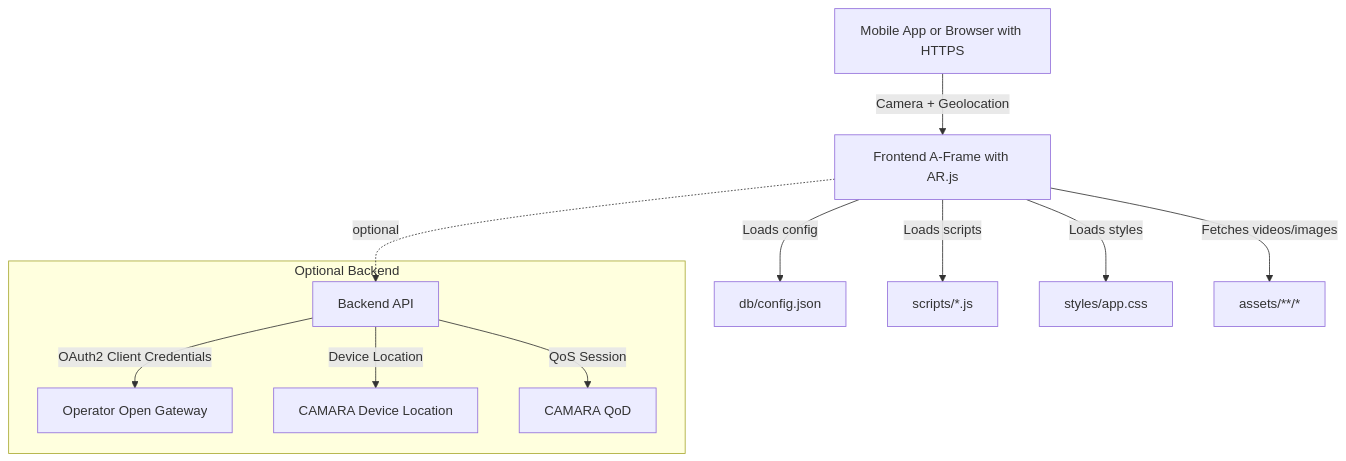
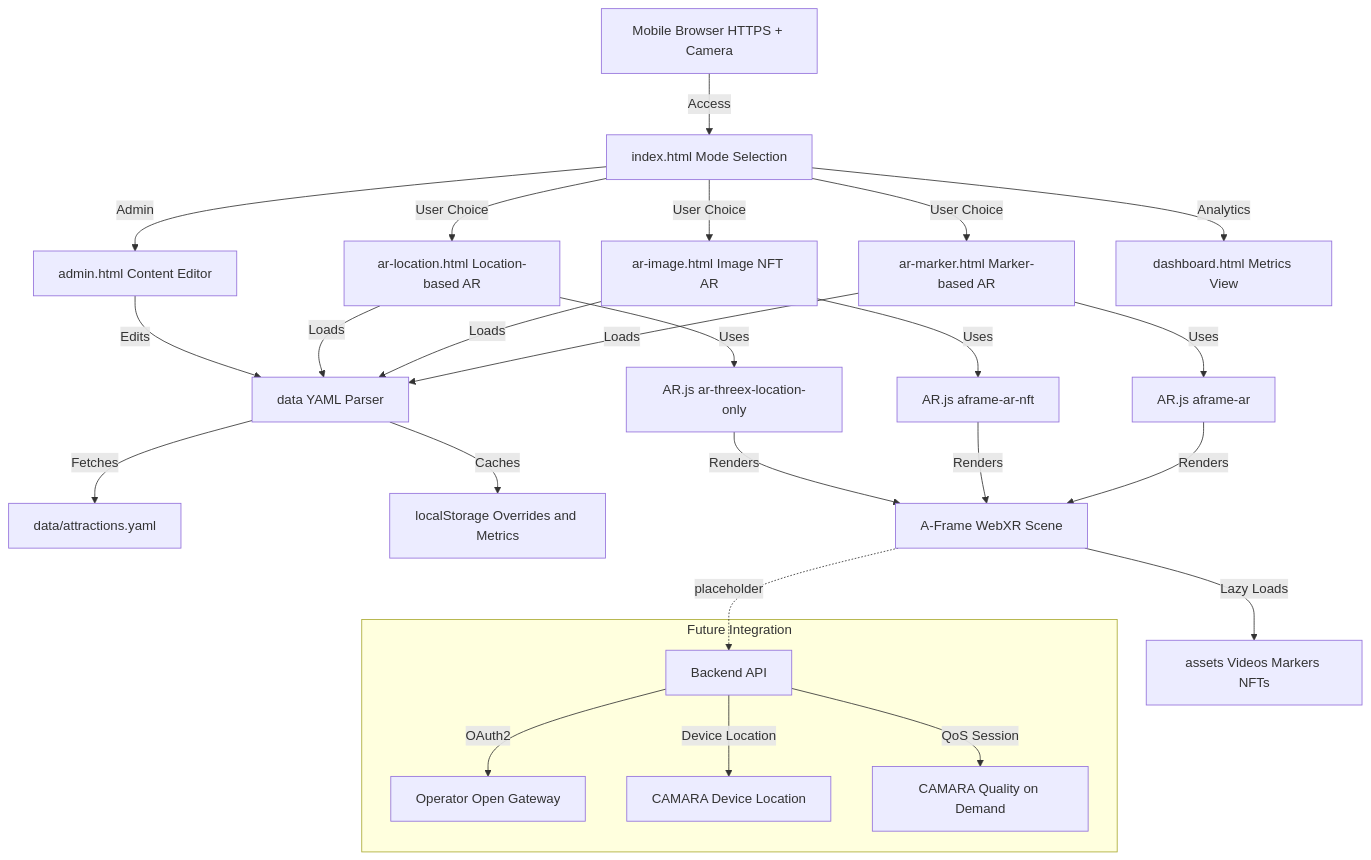
Before and after one commit to GanimyKava/aeterna: the diagram in README.md, drawn with Mermaid. The commit also changed other lines of this file and 36 other files, not shown here.

````diff
--- a/README.md
+++ b/README.md
@@ -27,16 +59,36 @@
 ```mermaid
 flowchart TD
-  U[Mobile App or Browser with HTTPS] -->|Camera + Geolocation| FE[Frontend A-Frame with AR.js]
-  FE -->|Loads config| CFG[db/config.json]
-  FE -->|Loads scripts| JS[scripts/*.js]
-  FE -->|Loads styles| CSS[styles/app.css]
-  FE -->|Fetches videos/images| ASSETS[assets/**/*]
-
-  subgraph Optional Backend
-    BE[Backend API] -->|OAuth2 Client Credentials| OPGW[Operator Open Gateway]
+  U[Mobile Browser HTTPS + Camera] -->|Access| INDEX[index.html Mode Selection]
+  
+  INDEX -->|User Choice| AR_MARKER[ar-marker.html Marker-based AR]
+  INDEX -->|User Choice| AR_IMAGE[ar-image.html Image NFT AR]
+  INDEX -->|User Choice| AR_LOC[ar-location.html Location-based AR]
+  INDEX -->|Admin| ADMIN[admin.html Content Editor]
+  INDEX -->|Analytics| DASH[dashboard.html Metrics View]
+  
+  AR_MARKER -->|Loads| DATA[data YAML Parser]
+  AR_IMAGE -->|Loads| DATA
+  AR_LOC -->|Loads| DATA
+  ADMIN -->|Edits| DATA
+  
+  DATA -->|Fetches| YAML[data/attractions.yaml]
+  DATA -->|Caches| LS[localStorage Overrides and Metrics]
+  
+  AR_MARKER -->|Uses| ARJS_MARKER[AR.js aframe-ar]
+  AR_IMAGE -->|Uses| ARJS_NFT[AR.js aframe-ar-nft]
+  AR_LOC -->|Uses| ARJS_GPS[AR.js ar-threex-location-only]
+  
+  ARJS_MARKER -->|Renders| AFRAME[A-Frame WebXR Scene]
+  ARJS_NFT -->|Renders| AFRAME
+  ARJS_GPS -->|Renders| AFRAME
+  
+  AFRAME -->|Lazy Loads| ASSETS[assets Videos Markers NFTs]
+  
+  subgraph Future Integration
+    BE[Backend API] -->|OAuth2| OPGW[Operator Open Gateway]
     BE -->|Device Location| LOC[CAMARA Device Location]
-    BE -->|QoS Session| QOD[CAMARA QoD]
+    BE -->|QoS Session| QOD[CAMARA Quality on Demand]
   end
-
-  FE -. optional .-> BE
+  
+  AFRAME -. placeholder .-> BE
 ```
````
